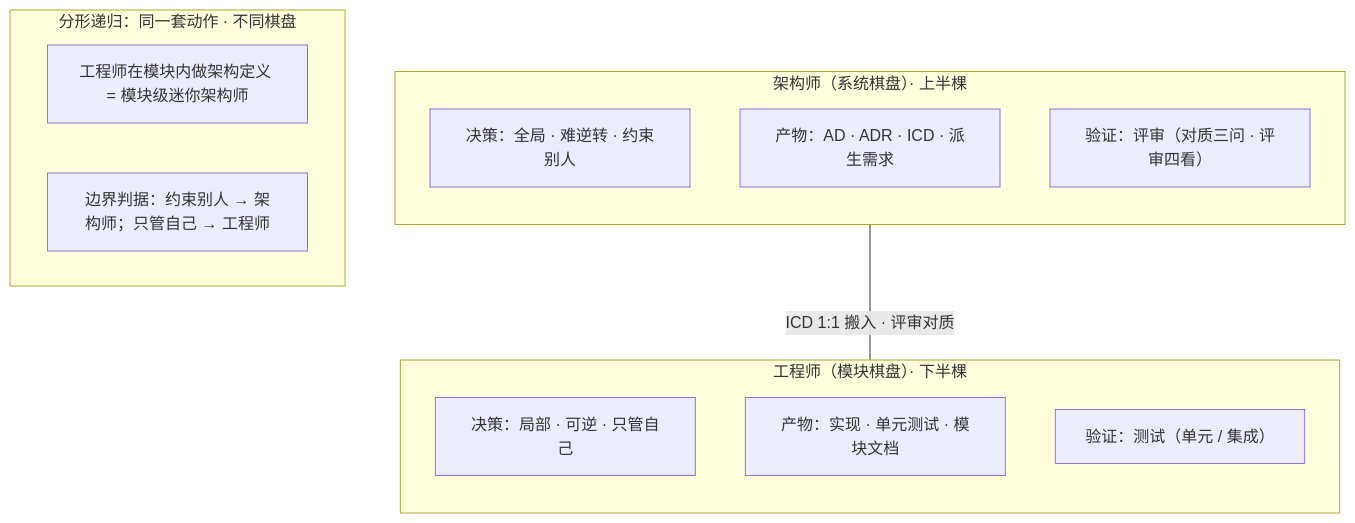
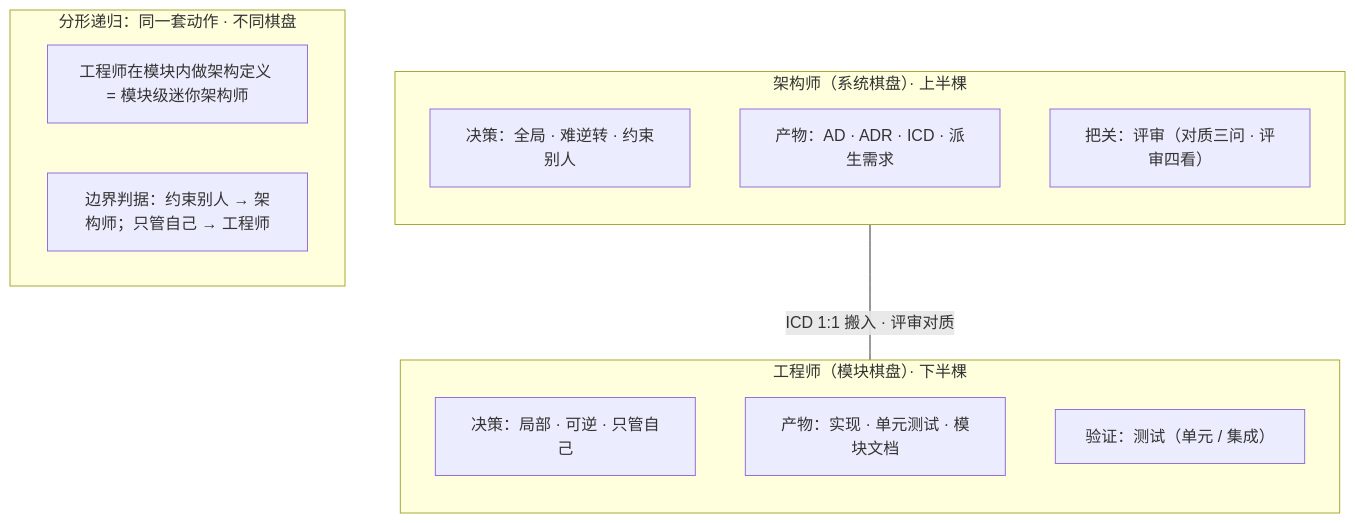
The tenth of 21 diagrams in 100-subprojects/01-系统工程研究/00-系统工程相关研究报告/13-工程角色谱系研究报告-从模块工程师到系统架构师.md (Yongjunzhou/AOS-system-design), drawn with Mermaid before and after one commit. The commit also changed other lines of this file and 21 other files, not shown here.

````diff
--- a/100-subprojects/01-系统工程研究/00-系统工程相关研究报告/13-工程角色谱系研究报告-从模块工程师到系统架构师.md
+++ b/100-subprojects/01-系统工程研究/00-系统工程相关研究报告/13-工程角色谱系研究报告-从模块工程师到系统架构师.md
@@ -432,21 +434,21 @@
 ```mermaid
 flowchart TB
     subgraph SA["架构师（系统棋盘）· 上半棵"]
         direction TB
         SA1["决策：全局 · 难逆转 · 约束别人"]
         SA2["产物：AD · ADR · ICD · 派生需求"]
-        SA3["验证：评审（对质三问 · 评审四看）"]
+        SA3["把关：评审（对质三问 · 评审四看）"]
     end
     subgraph MOD["工程师（模块棋盘）· 下半棵"]
         direction TB
         MO1["决策：局部 · 可逆 · 只管自己"]
         MO2["产物：实现 · 单元测试 · 模块文档"]
         MO3["验证：测试（单元 / 集成）"]
     end
     SA ---|"ICD 1:1 搬入 · 评审对质"| MOD
     subgraph FRA["分形递归：同一套动作 · 不同棋盘"]
         direction LR
         F1["工程师在模块内做架构定义 = 模块级迷你架构师"]
         F2["边界判据：约束别人 → 架构师；只管自己 → 工程师"]
     end
 ```
````
